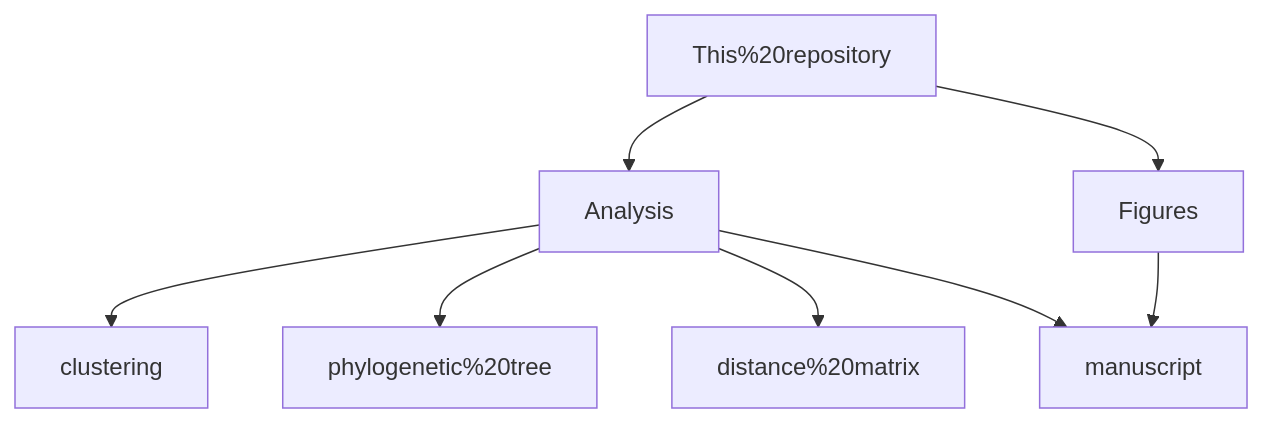
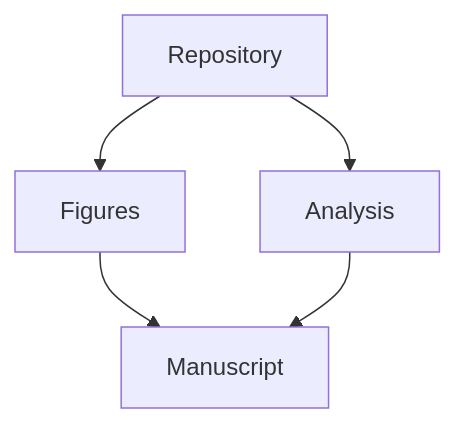
One commit to duncanberger/backup_pgl2024 changed the diagram in README.md. Above: the diagram before and after it, drawn with Mermaid.

````diff
--- a/README.md
+++ b/README.md
@@ -30,10 +30,7 @@
 ```mermaid
 graph TD;
-This%20repository-->Analysis;
-Analysis-->clustering;
-Analysis-->phylogenetic%20tree;
-Analysis-->distance%20matrix;
-This%20repository-->Figures;
-Figures-->manuscript;
-Analysis-->manuscript;
+Repository-->Analysis;
+Repository-->Figures;
+Figures-->Manuscript;
+Analysis-->Manuscript;
 ```
````
